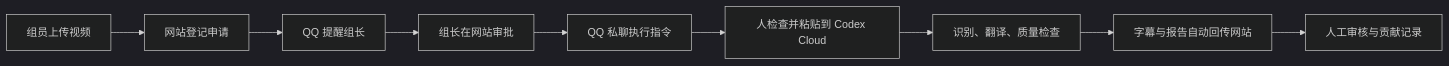
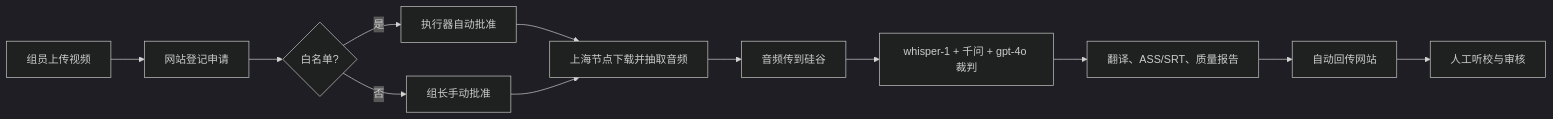
One commit to l15109514775-ai/lighthouse-automation-hub changed the diagram in subtitle-platform/README.md. Above: the diagram before and after it, drawn with Mermaid (dark theme). The commit also changed other lines of this file and 9 other files, not shown here.

Commit message:
docs(subtitle): v0.3 full-auto architecture, runner guide and site copy

````diff
--- a/subtitle-platform/README.md
+++ b/subtitle-platform/README.md
@@ -22,11 +25,14 @@
 ```mermaid
 flowchart LR
   A[组员上传视频] --> B[网站登记申请]
-  B --> C[QQ 提醒组长]
-  C --> D[组长在网站审批]
-  D --> E[QQ 私聊执行指令]
-  E --> F[人检查并粘贴到 Codex Cloud]
-  F --> G[识别、翻译、质量检查]
-  G --> H[字幕与报告自动回传网站]
-  H --> I[人工审核与贡献记录]
+  B --> C{白名单?}
+  C -- 是 --> D[执行器自动批准]
+  C -- 否 --> E[组长手动批准]
+  D --> F[上海节点下载并抽取音频]
+  E --> F
+  F --> G[音频传到硅谷]
+  G --> H[whisper-1 + 千问 + gpt-4o 裁判]
+  H --> I[翻译、ASS/SRT、质量报告]
+  I --> J[自动回传网站]
+  J --> K[人工听校与审核]
 ```
````
